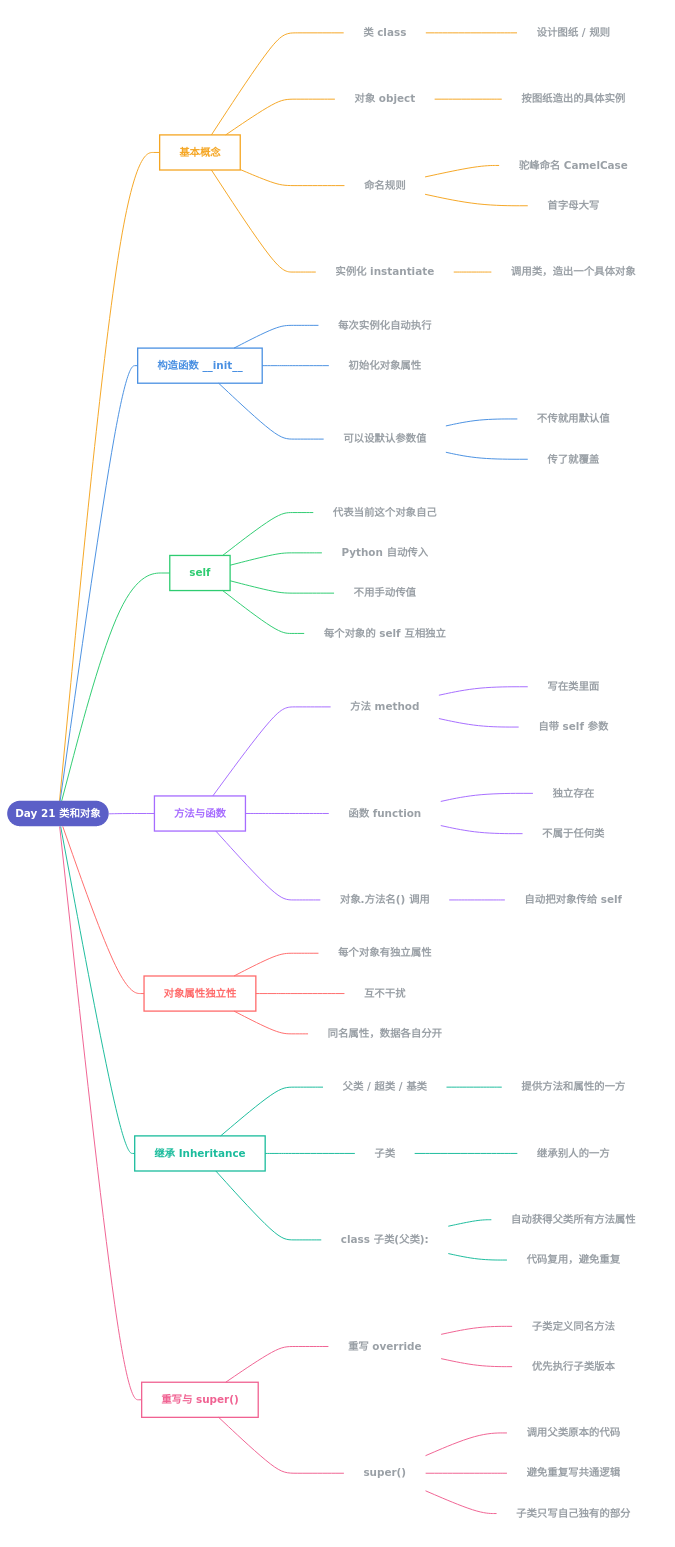
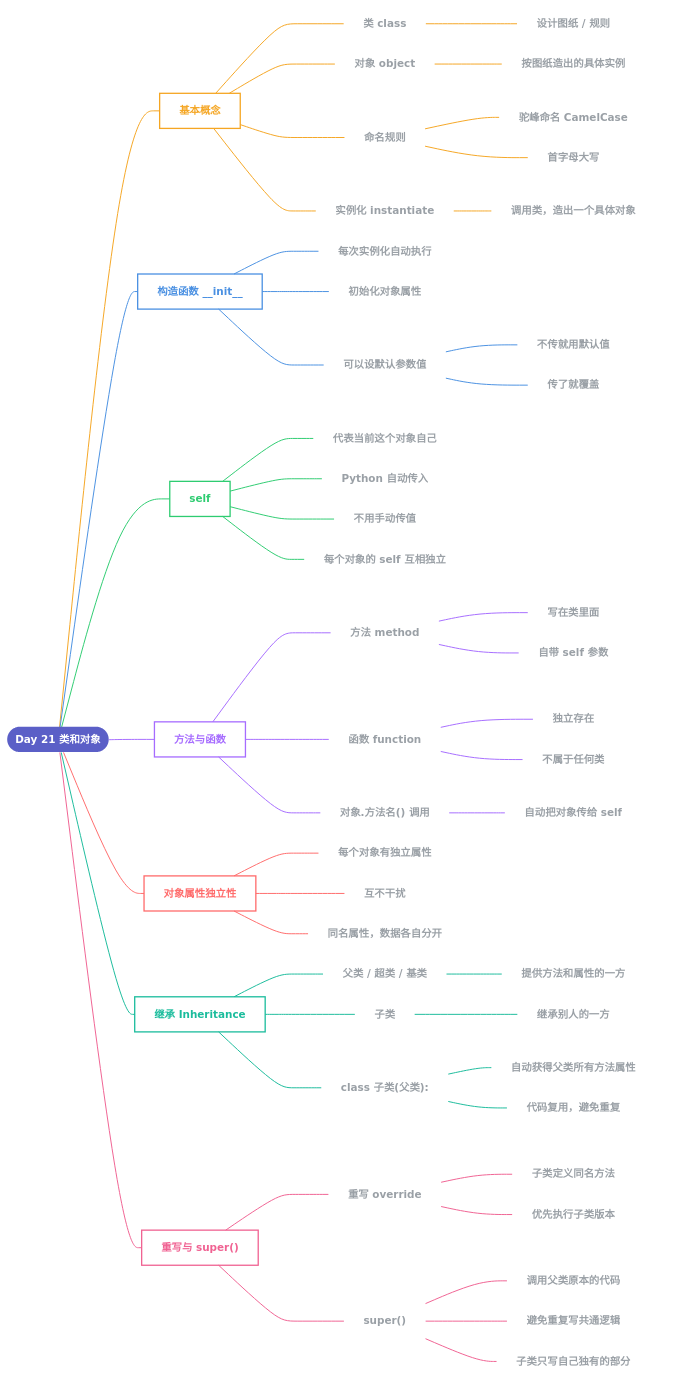
Before and after one commit to Lnnkun/30-days-of-python-notes: the diagram in Day21_类和对象.md, drawn with Mermaid. The commit also changed 4 other files, not shown here.

Commit message:
Day19 思维导图顺序统一（从上到下）；删除不再使用的速查图

```diff
--- a/Day21_类和对象.md
+++ b/Day21_类和对象.md
@@ -6,15 +6,9 @@
   R(["Day 21 类和对象"])
   R --- b0["基本概念"]
   b0 --- n1["类 class"]
-  subgraph sn1[" "]
   n1 --- n2["设计图纸 / 规则"]
-  end
-  style sn1 fill:none,stroke:none
   b0 --- n3["对象 object"]
-  subgraph sn3[" "]
   n3 --- n4["按图纸造出的具体实例"]
-  end
-  style sn3 fill:none,stroke:none
   b0 --- n5["命名规则"]
   subgraph sn5[" "]
   n5 --- n6["驼峰命名 CamelCase"]
@@ -22,10 +16,7 @@
   end
   style sn5 fill:none,stroke:none
   b0 --- n8["实例化 instantiate"]
-  subgraph sn8[" "]
   n8 --- n9["调用类，造出一个具体对象"]
-  end
-  style sn8 fill:none,stroke:none
   classDef c0 fill:none,stroke:#F5A623,stroke-width:2px,color:#F5A623,font-weight:bold
   class b0 c0
   R --- b1["构造函数 __init__"]
@@ -60,10 +51,7 @@
   end
   style sn22 fill:none,stroke:none
   b3 --- n25["对象.方法名() 调用"]
-  subgraph sn25[" "]
   n25 --- n26["自动把对象传给 self"]
-  end
-  style sn25 fill:none,stroke:none
   classDef c3 fill:none,stroke:#A66CFF,stroke-width:2px,color:#A66CFF,font-weight:bold
   class b3 c3
   R --- b4["对象属性独立性"]
@@ -74,15 +62,9 @@
   class b4 c4
   R --- b5["继承 Inheritance"]
   b5 --- n30["父类 / 超类 / 基类"]
-  subgraph sn30[" "]
   n30 --- n31["提供方法和属性的一方"]
-  end
-  style sn30 fill:none,stroke:none
   b5 --- n32["子类"]
-  subgraph sn32[" "]
   n32 --- n33["继承别人的一方"]
-  end
-  style sn32 fill:none,stroke:none
   b5 --- n34["class 子类(父类):"]
   subgraph sn34[" "]
   n34 --- n35["自动获得父类所有方法属性"]
```
